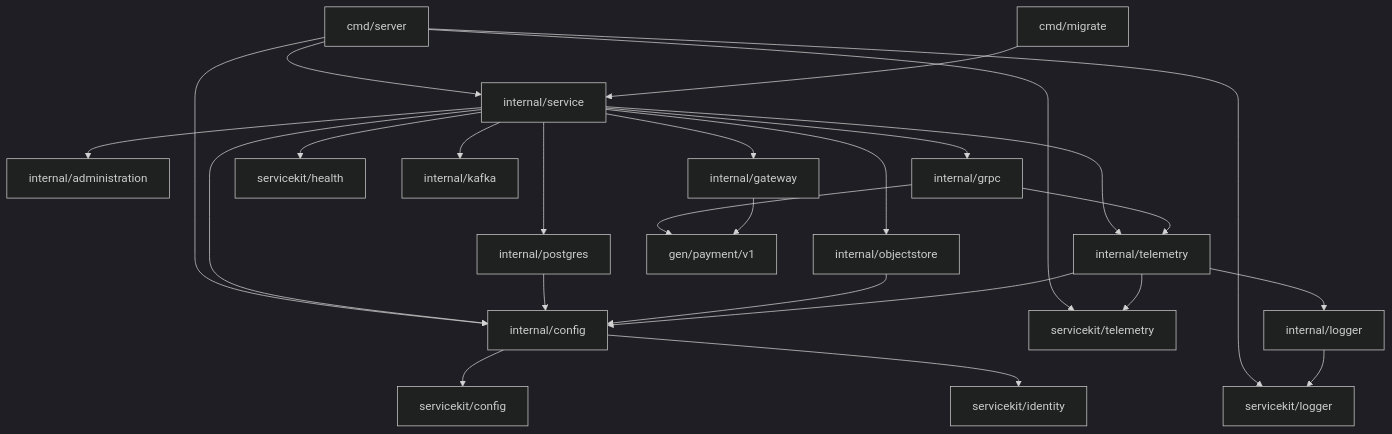
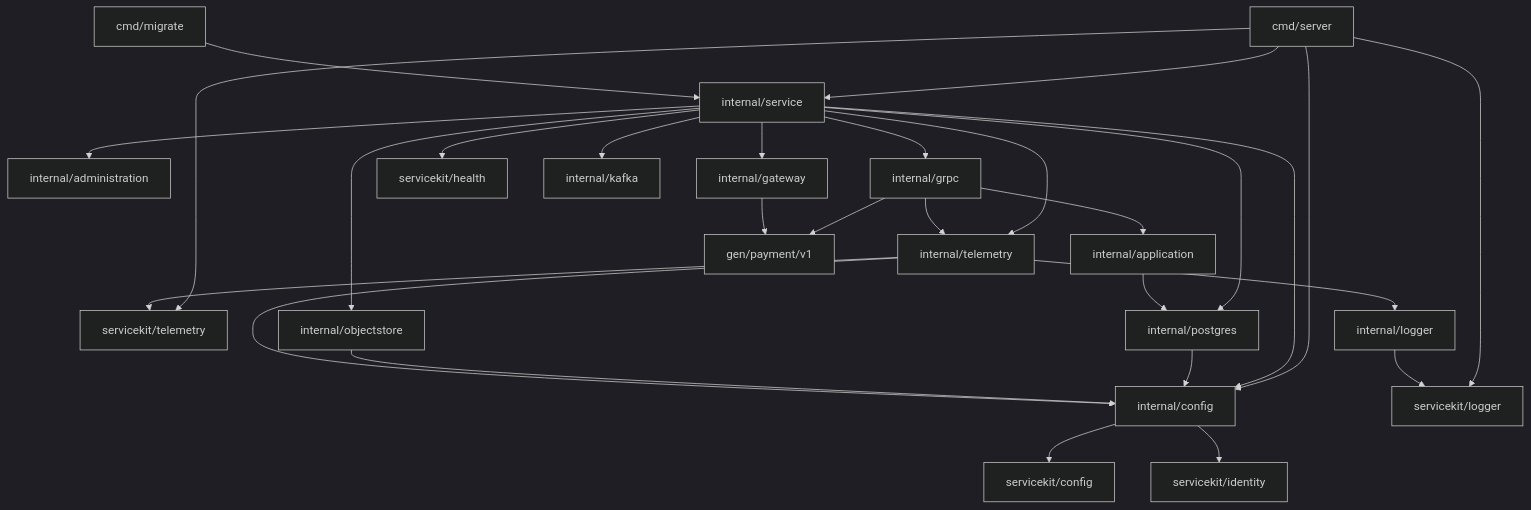
One commit to igor-baiborodine/insurance-hub changed the diagram in services/payment-service/README.md. Above: the diagram before and after it, drawn with Mermaid (dark theme). The commit also changed other lines of this file and 47 other files, not shown here.

````diff
--- a/services/payment-service/README.md
+++ b/services/payment-service/README.md
@@ -378,28 +379,30 @@
 ```mermaid
 flowchart TD
     entry["cmd/server"] --> composition["internal/service"]
     migrate["cmd/migrate"] --> composition
     composition --> administration["internal/administration"]
     entry --> config["internal/config"]
     entry --> sharedLogger["servicekit/logger"]
     entry --> sharedTelemetry["servicekit/telemetry"]
     composition --> grpc["internal/grpc"]
     composition --> gateway["internal/gateway"]
     composition --> health["servicekit/health"]
     composition --> telemetry["internal/telemetry"]
     composition --> config
     composition --> postgres["internal/postgres"]
     composition --> objectstore["internal/objectstore"]
     composition --> kafka["internal/kafka"]
     postgres --> config
     objectstore --> config
     grpc --> telemetry
+    grpc --> application["internal/application"]
+    application --> postgres
     grpc --> generated["gen/payment/v1"]
     gateway --> generated
     telemetry --> config
     telemetry --> logger["internal/logger"]
     telemetry --> sharedTelemetry
     logger --> sharedLogger
     config --> sharedConfig["servicekit/config"]
     config --> sharedIdentity["servicekit/identity"]
 ```
````
